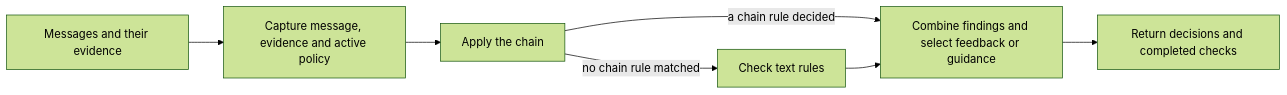
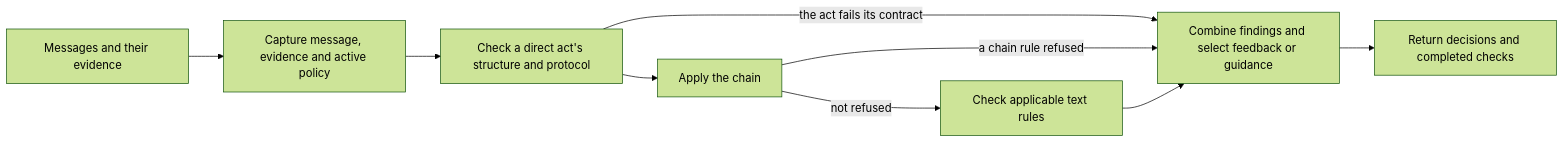
The first of 2 diagrams in src/firewall/README.md (chughtapan/moltzap-staging), drawn with Mermaid (forest theme) before and after one commit. The commit also changed other lines of this file and 74 other files, not shown here.

````diff
--- a/src/firewall/README.md
+++ b/src/firewall/README.md
@@ -9,9 +10,11 @@
 ```mermaid
 flowchart LR
   A[Messages and their evidence] --> B[Capture message, evidence and active policy]
-  B --> C[Apply the chain]
-  C -->|no chain rule matched| D[Check text rules]
-  C -->|a chain rule decided| E
+  B --> S[Check a direct act's structure and protocol]
+  S -->|the act fails its contract| E
+  S --> C[Apply the chain]
+  C -->|not refused| D[Check applicable text rules]
+  C -->|a chain rule refused| E
   D --> E[Combine findings and select feedback or guidance]
   E --> F[Return decisions and completed checks]
 ```
````
